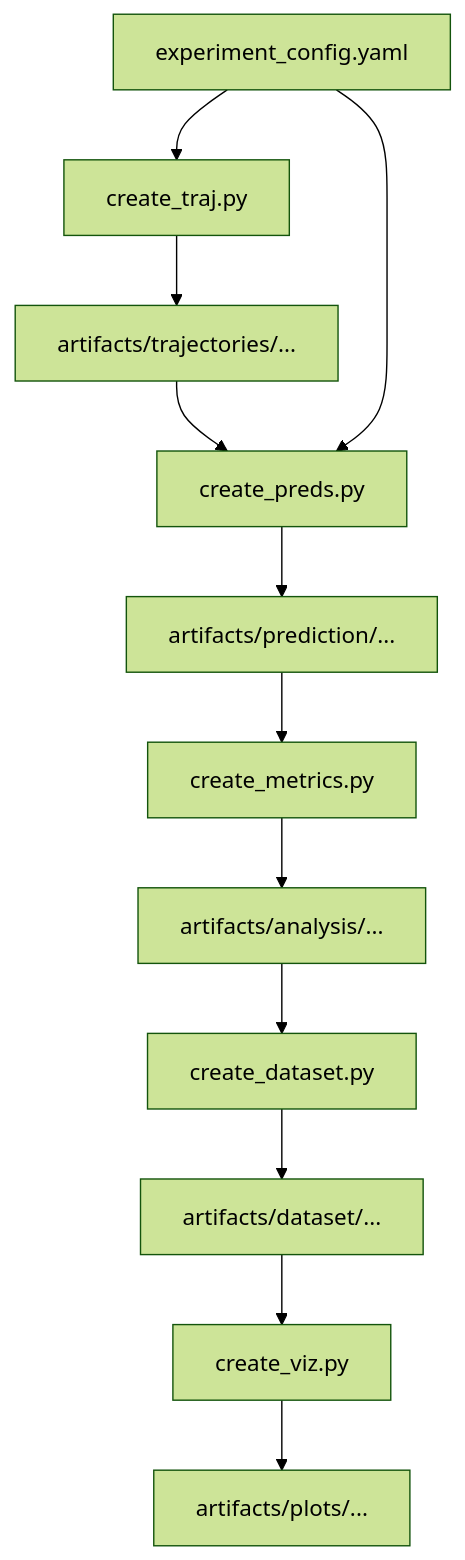
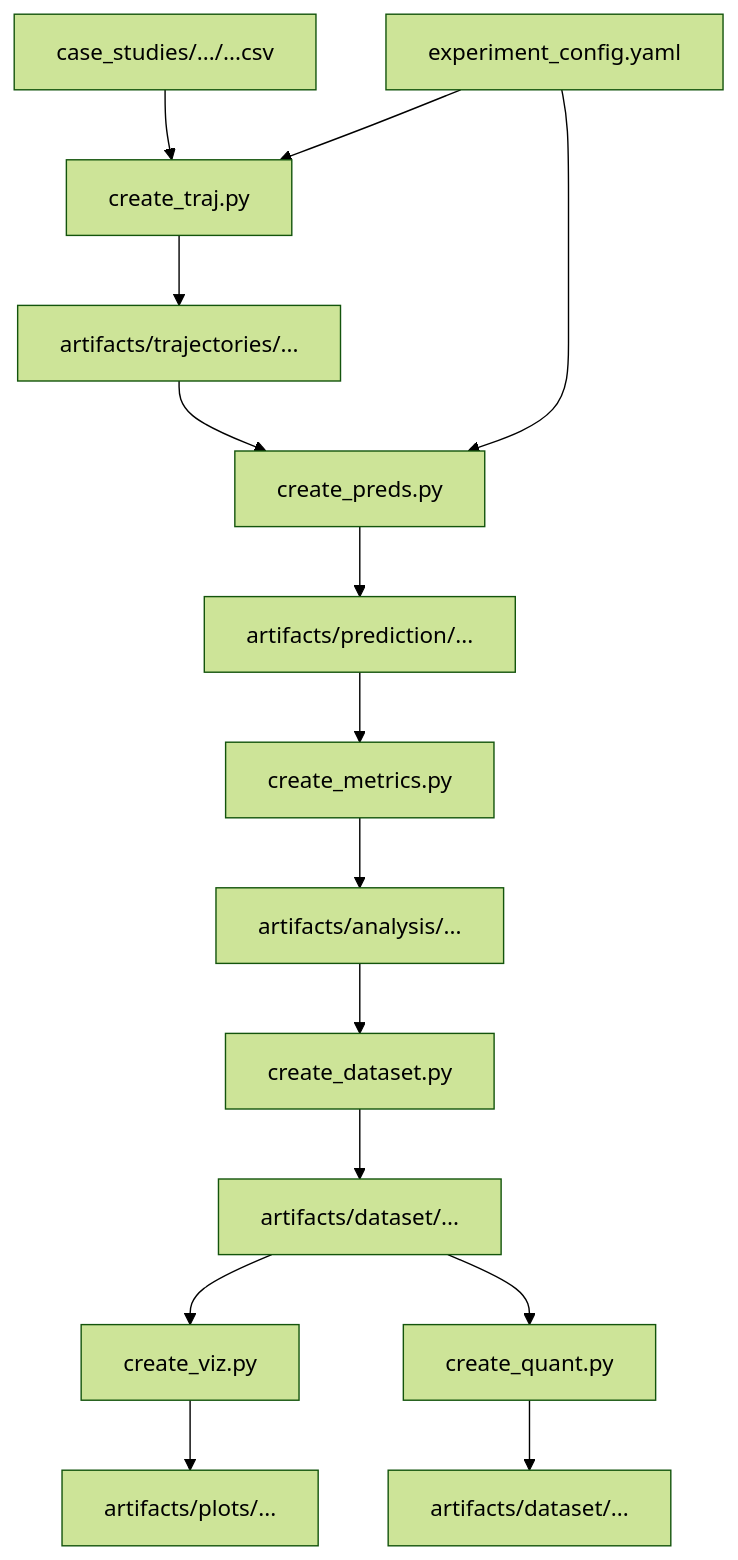
The diagram in src/README.md (MSCA-DN-Digital-Finance/tsfm_causal_analysis), drawn with Mermaid (forest theme) before and after one commit. The commit also changed 3 other files, not shown here.

````diff
--- a/src/README.md
+++ b/src/README.md
@@ -9,14 +9,17 @@
 ```mermaid
 graph TD
+    cs_data[case_studies/.../...csv] --> create_traj[create_traj.py]
     exp_conf[experiment_config.yaml] --> create_traj[create_traj.py]
     create_traj --> out_gen[artifacts/trajectories/...]
     out_gen --> create_preds[create_preds_modelname.py]
     exp_conf --> create_preds[create_preds.py]
     create_preds --> out_pred[artifacts/prediction/...]
     out_pred --> create_metrics[create_metrics.py]
     create_metrics --> out_metric[artifacts/analysis/...]
     out_metric --> create_dataset[create_dataset.py]
     create_dataset --> out_dataset[artifacts/dataset/...]
     out_dataset --> create_viz[create_viz.py]
     create_viz --> out_viz[artifacts/plots/...]
+    out_dataset --> create_quant[create_quant.py]
+    create_quant --> out_quant[artifacts/dataset/...]
 ```
````
